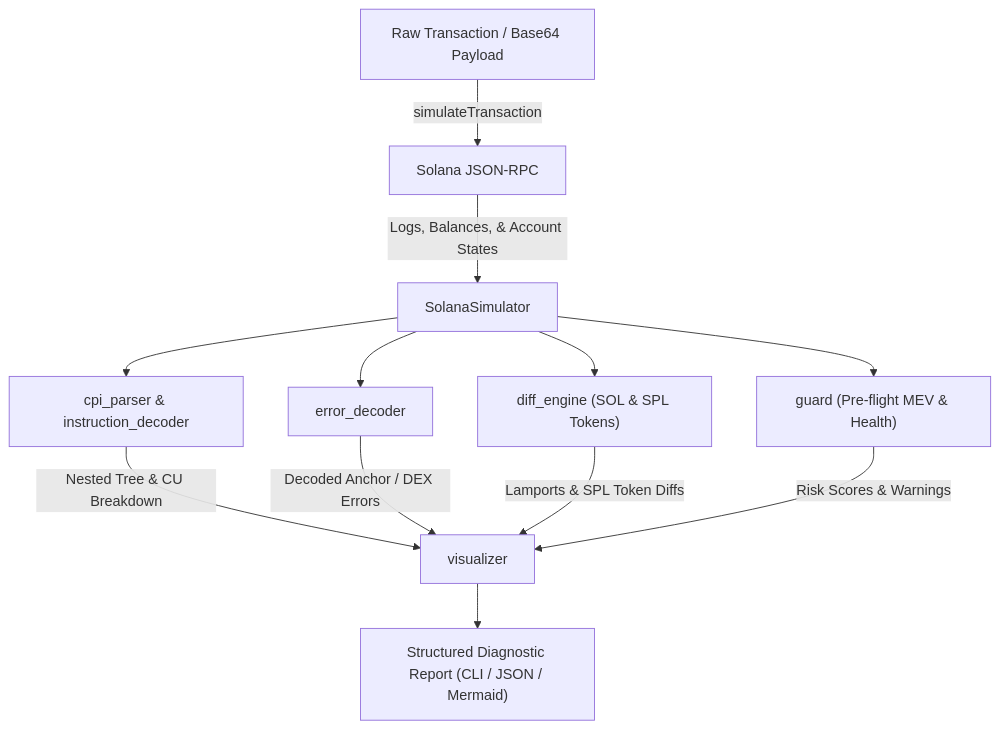
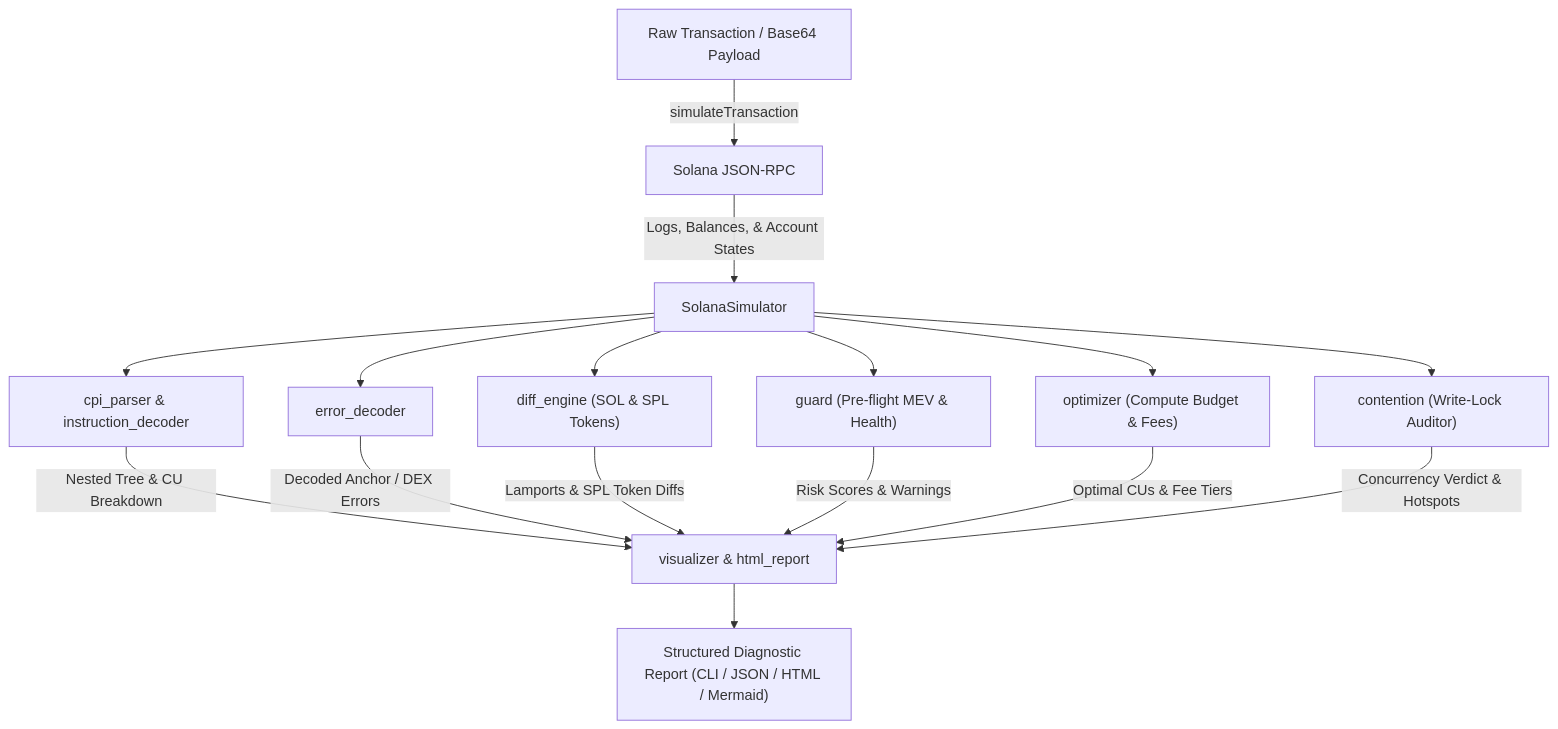
Before and after one commit to devsoniclk/solana-tx-lens: the diagram in README.md, drawn with Mermaid. The commit also changed other lines of this file and 14 other files, not shown here.

First line of the commit message:
feat: compute budget optimizer, account contention auditor, and HTML dossier v0.3.0

````diff
--- a/README.md
+++ b/README.md
@@ -44,14 +50,18 @@
 ```mermaid
 flowchart TD
     A["Raw Transaction / Base64 Payload"] -->|"simulateTransaction"| B["Solana JSON-RPC"]
     B -->|"Logs, Balances, & Account States"| C["SolanaSimulator"]
     C --> D["cpi_parser & instruction_decoder"]
     C --> E["error_decoder"]
     C --> F["diff_engine (SOL & SPL Tokens)"]
     C --> G["guard (Pre-flight MEV & Health)"]
-    D -->|"Nested Tree & CU Breakdown"| H["visualizer"]
+    C --> J["optimizer (Compute Budget & Fees)"]
+    C --> K["contention (Write-Lock Auditor)"]
+    D -->|"Nested Tree & CU Breakdown"| H["visualizer & html_report"]
     E -->|"Decoded Anchor / DEX Errors"| H
     F -->|"Lamports & SPL Token Diffs"| H
     G -->|"Risk Scores & Warnings"| H
-    H --> I["Structured Diagnostic Report (CLI / JSON / Mermaid)"]
+    J -->|"Optimal CUs & Fee Tiers"| H
+    K -->|"Concurrency Verdict & Hotspots"| H
+    H --> I["Structured Diagnostic Report (CLI / JSON / HTML / Mermaid)"]
 ```
````
